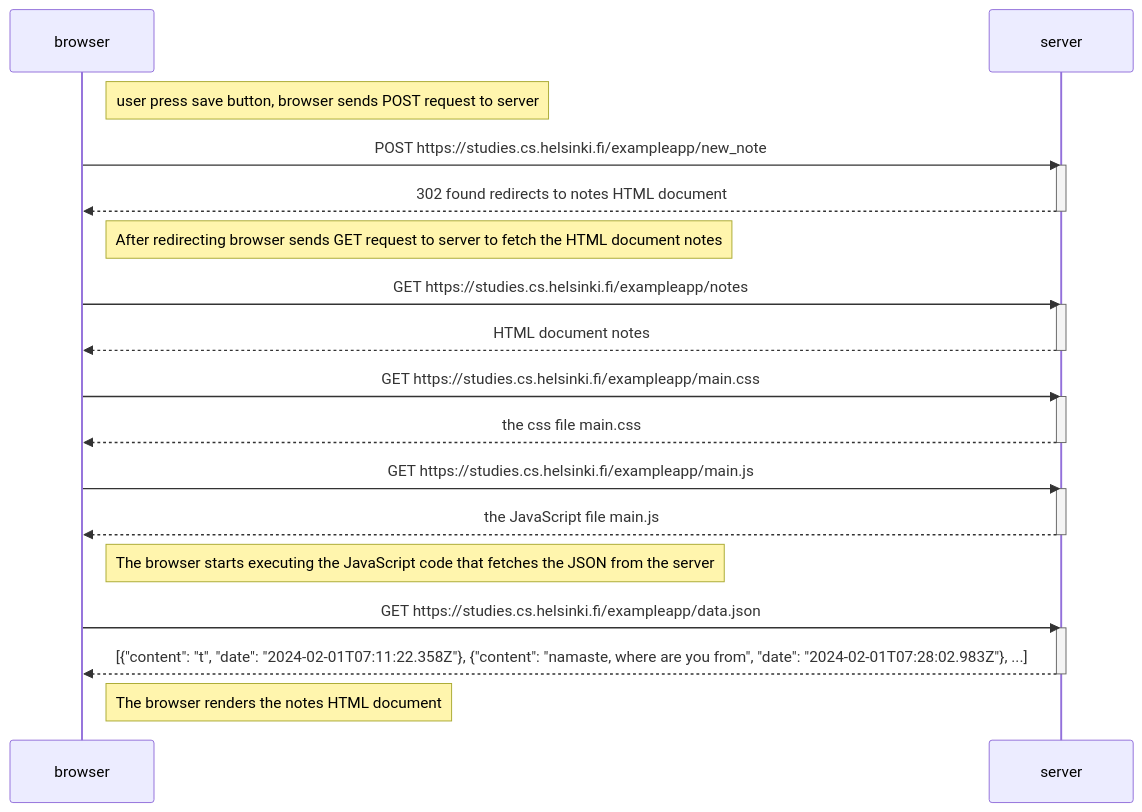
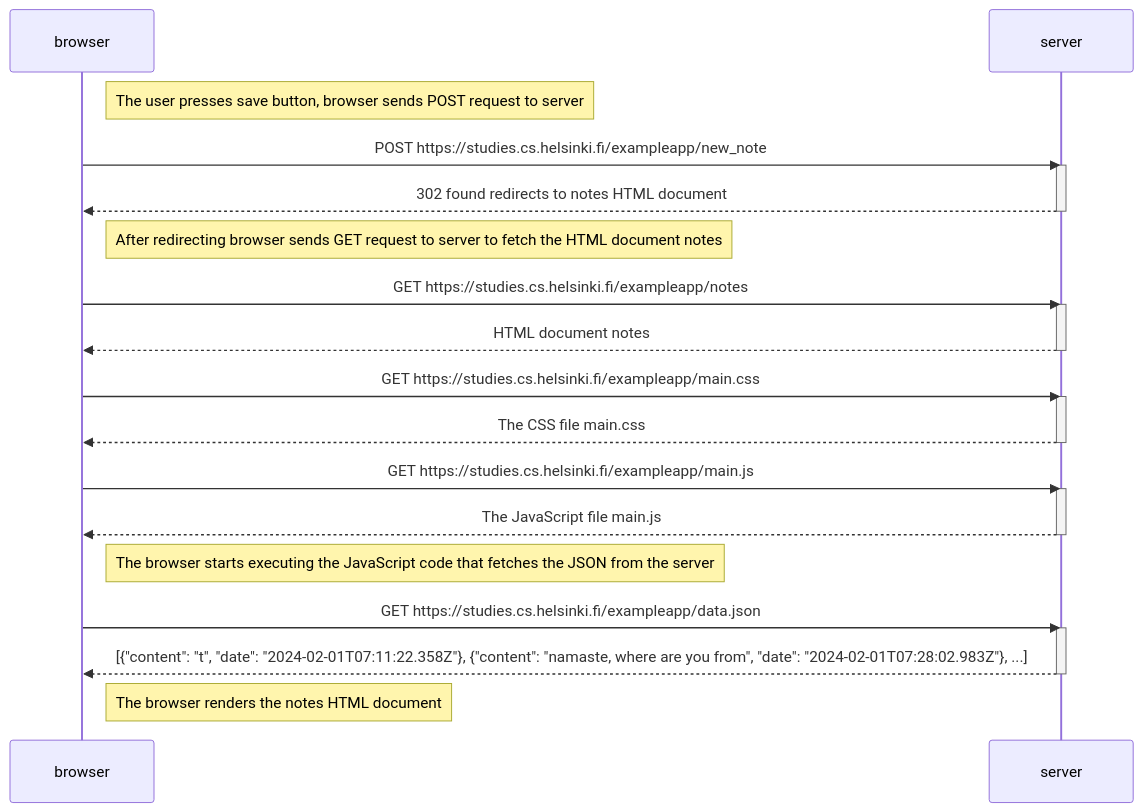
The diagram in part0/0.4.uusi_muistiinpano.md (opturtio/FullStackOpen), drawn with Mermaid before and after one commit. The commit also changed 2 other files, not shown here.

Commit message:
exercise 0.6 done

````diff
--- a/part0/0.4.uusi_muistiinpano.md
+++ b/part0/0.4.uusi_muistiinpano.md
@@ -3,36 +3,36 @@
 ```mermaid
 sequenceDiagram
     participant browser
     participant server
 
-    Note right of browser: user press save button, browser sends POST request to server 
+    Note right of browser: The user presses save button, browser sends POST request to server 
     browser->>server: POST https://studies.cs.helsinki.fi/exampleapp/new_note
     activate server
     server-->>browser: 302 found redirects to notes HTML document
     deactivate server
 
     Note right of browser: After redirecting browser sends GET request to server to fetch the HTML document notes
     browser->>server: GET https://studies.cs.helsinki.fi/exampleapp/notes
     activate server
     server-->>browser: HTML document notes
     deactivate server
 
     browser->>server: GET https://studies.cs.helsinki.fi/exampleapp/main.css
     activate server
-    server-->>browser: the css file main.css
+    server-->>browser: The CSS file main.css
     deactivate server
 
     browser->>server: GET https://studies.cs.helsinki.fi/exampleapp/main.js
     activate server
-    server-->>browser: the JavaScript file main.js
+    server-->>browser: The JavaScript file main.js
     deactivate server
 
     Note right of browser: The browser starts executing the JavaScript code that fetches the JSON from the server
     
     browser->>server: GET https://studies.cs.helsinki.fi/exampleapp/data.json
     activate server
     server-->>browser: [{"content": "t", "date": "2024-02-01T07:11:22.358Z"}, {"content": "namaste, where are you from", "date": "2024-02-01T07:28:02.983Z"}, ...]
     deactivate server    
 
     Note right of browser: The browser renders the notes HTML document
 ```
````
